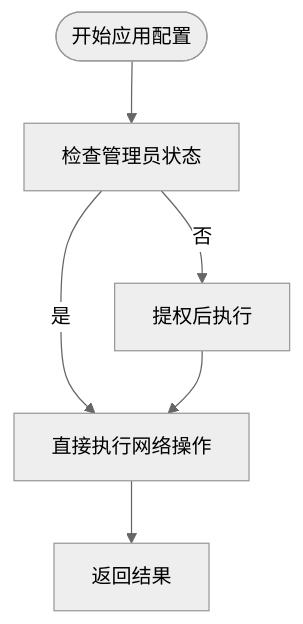
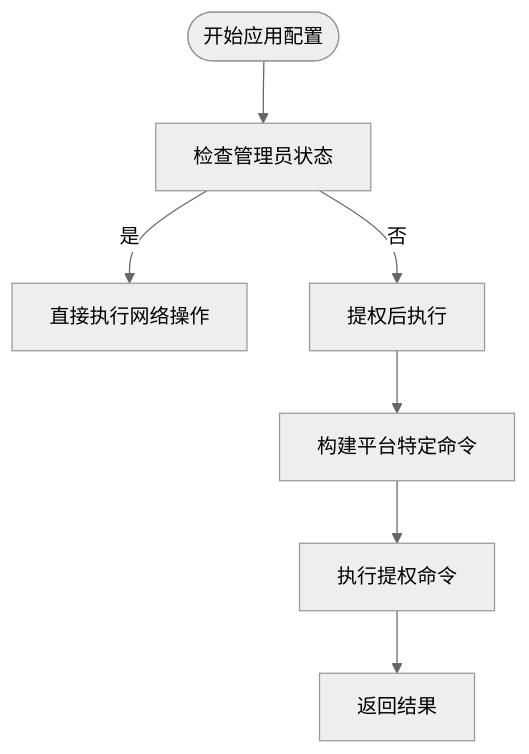
One commit to xdongliang/IPSwitcher changed the eighth of 11 diagrams in .qoder/repowiki/zh/content/网络配置功能/网络配置功能.md. Above: the diagram before and after it, drawn with Mermaid (neutral theme). The commit also changed other lines of this file and 22 other files, not shown here.

````diff
--- a/.qoder/repowiki/zh/content/网络配置功能/网络配置功能.md
+++ b/.qoder/repowiki/zh/content/网络配置功能/网络配置功能.md
@@ -297,8 +357,9 @@
 ```mermaid
 flowchart TD
 Start(["开始应用配置"]) --> Check["检查管理员状态"]
 Check --> |是| Exec["直接执行网络操作"]
 Check --> |否| Elevate["提权后执行"]
-Elevate --> Exec
-Exec --> Result["返回结果"]
+Elevate --> BuildCmd["构建平台特定命令"]
+BuildCmd --> RunElevate["执行提权命令"]
+RunElevate --> Result["返回结果"]
 ```
````
